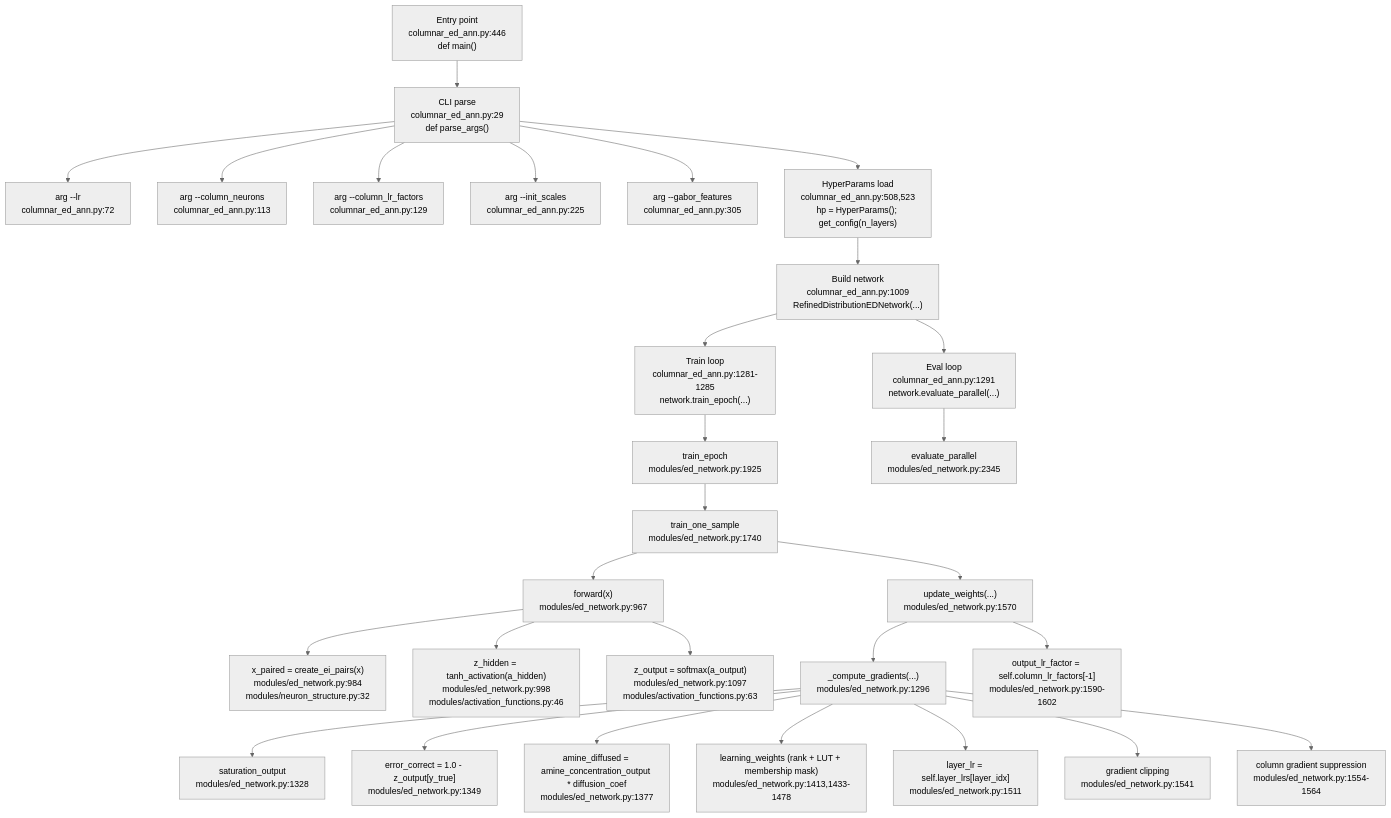
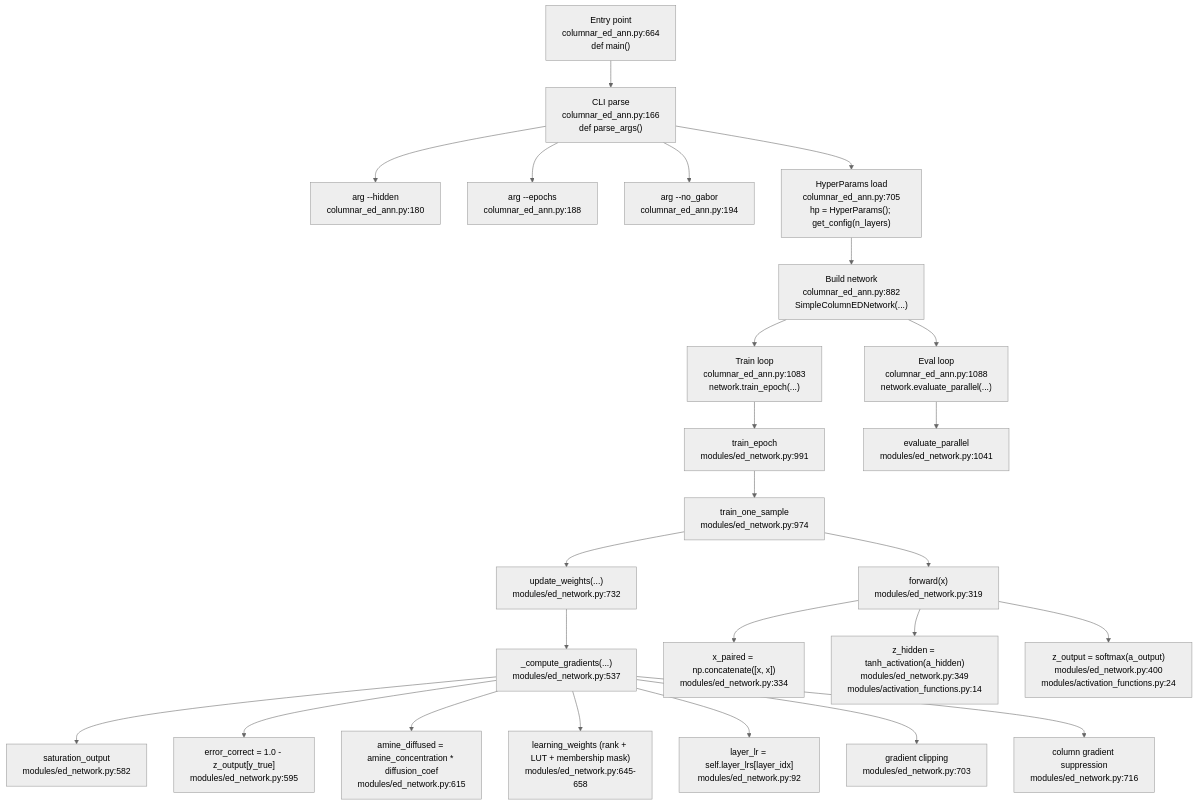
Before and after one commit to yoiwa0714/columnar_ed_ann: the first of 6 diagrams in docs/en/ed_learning_mechanism_anchors_en.md, drawn with Mermaid (neutral theme). The commit also changed other lines of this file and 7 other files, not shown here.

````diff
--- a/docs/en/ed_learning_mechanism_anchors_en.md
+++ b/docs/en/ed_learning_mechanism_anchors_en.md
@@ -18,38 +16,34 @@
 ```mermaid
 flowchart TD
-    A["Entry point<br/>columnar_ed_ann.py:446<br/>def main()"] --> C["CLI parse<br/>columnar_ed_ann.py:29<br/>def parse_args()"]
+    A["Entry point<br/>columnar_ed_ann.py:664<br/>def main()"] --> C["CLI parse<br/>columnar_ed_ann.py:166<br/>def parse_args()"]
 
-    C --> C1["arg --lr<br/>columnar_ed_ann.py:72"]
-    C --> C2["arg --column_neurons<br/>columnar_ed_ann.py:113"]
-    C --> C3["arg --column_lr_factors<br/>columnar_ed_ann.py:129"]
-    C --> C4["arg --init_scales<br/>columnar_ed_ann.py:225"]
-    C --> C5["arg --gabor_features<br/>columnar_ed_ann.py:305"]
+    C --> C1["arg --hidden<br/>columnar_ed_ann.py:180"]
+    C --> C2["arg --epochs<br/>columnar_ed_ann.py:188"]
+    C --> C3["arg --no_gabor<br/>columnar_ed_ann.py:194"]
 
-    C --> D["HyperParams load<br/>columnar_ed_ann.py:508,523<br/>hp = HyperParams(); get_config(n_layers)"]
-    D --> E["Build network<br/>columnar_ed_ann.py:1009<br/>RefinedDistributionEDNetwork(...)"]
+    C --> D["HyperParams load<br/>columnar_ed_ann.py:705<br/>hp = HyperParams(); get_config(n_layers)"]
+    D --> E["Build network<br/>columnar_ed_ann.py:882<br/>SimpleColumnEDNetwork(...)"]
 
-    E --> F["Train loop<br/>columnar_ed_ann.py:1281-1285<br/>network.train_epoch(...)"]
-    E --> G["Eval loop<br/>columnar_ed_ann.py:1291<br/>network.evaluate_parallel(...)"]
+    E --> F["Train loop<br/>columnar_ed_ann.py:1083<br/>network.train_epoch(...)"]
+    E --> G["Eval loop<br/>columnar_ed_ann.py:1088<br/>network.evaluate_parallel(...)"]
 
-    F --> H["train_epoch<br/>modules/ed_network.py:1925"]
-    H --> I["train_one_sample<br/>modules/ed_network.py:1740"]
-    I --> J["forward(x)<br/>modules/ed_network.py:967"]
-    I --> K["update_weights(...)<br/>modules/ed_network.py:1570"]
-    K --> L["_compute_gradients(...)<br/>modules/ed_network.py:1296"]
+    F --> H["train_epoch<br/>modules/ed_network.py:991"]
+    H --> I["train_one_sample<br/>modules/ed_network.py:974"]
+    I --> J["forward(x)<br/>modules/ed_network.py:319"]
+    I --> K["update_weights(...)<br/>modules/ed_network.py:732"]
+    K --> L["_compute_gradients(...)<br/>modules/ed_network.py:537"]
 
-    J --> J1["x_paired = create_ei_pairs(x)<br/>modules/ed_network.py:984<br/>modules/neuron_structure.py:32"]
-    J --> J2["z_hidden = tanh_activation(a_hidden)<br/>modules/ed_network.py:998<br/>modules/activation_functions.py:46"]
-    J --> J3["z_output = softmax(a_output)<br/>modules/ed_network.py:1097<br/>modules/activation_functions.py:63"]
+    J --> J1["x_paired = np.concatenate([x, x])<br/>modules/ed_network.py:334"]
+    J --> J2["z_hidden = tanh_activation(a_hidden)<br/>modules/ed_network.py:349<br/>modules/activation_functions.py:14"]
+    J --> J3["z_output = softmax(a_output)<br/>modules/ed_network.py:400<br/>modules/activation_functions.py:24"]
 
-    L --> L1["saturation_output<br/>modules/ed_network.py:1328"]
-    L --> L2["error_correct = 1.0 - z_output[y_true]<br/>modules/ed_network.py:1349"]
-    L --> L3["amine_diffused = amine_concentration_output * diffusion_coef<br/>modules/ed_network.py:1377"]
-    L --> L4["learning_weights (rank + LUT + membership mask)<br/>modules/ed_network.py:1413,1433-1478"]
-    L --> L5["layer_lr = self.layer_lrs[layer_idx]<br/>modules/ed_network.py:1511"]
-    L --> L6["gradient clipping<br/>modules/ed_network.py:1541"]
-    L --> L7["column gradient suppression<br/>modules/ed_network.py:1554-1564"]
+    L --> L1["saturation_output<br/>modules/ed_network.py:582"]
+    L --> L2["error_correct = 1.0 - z_output[y_true]<br/>modules/ed_network.py:595"]
+    L --> L3["amine_diffused = amine_concentration * diffusion_coef<br/>modules/ed_network.py:615"]
+    L --> L4["learning_weights (rank + LUT + membership mask)<br/>modules/ed_network.py:645-658"]
+    L --> L5["layer_lr = self.layer_lrs[layer_idx]<br/>modules/ed_network.py:92"]
+    L --> L6["gradient clipping<br/>modules/ed_network.py:703"]
+    L --> L7["column gradient suppression<br/>modules/ed_network.py:716"]
 
-    K --> K1["output_lr_factor = self.column_lr_factors[-1]<br/>modules/ed_network.py:1590-1602"]
-
-    G --> G1["evaluate_parallel<br/>modules/ed_network.py:2345"]
+    G --> G1["evaluate_parallel<br/>modules/ed_network.py:1041"]
 ```
````
